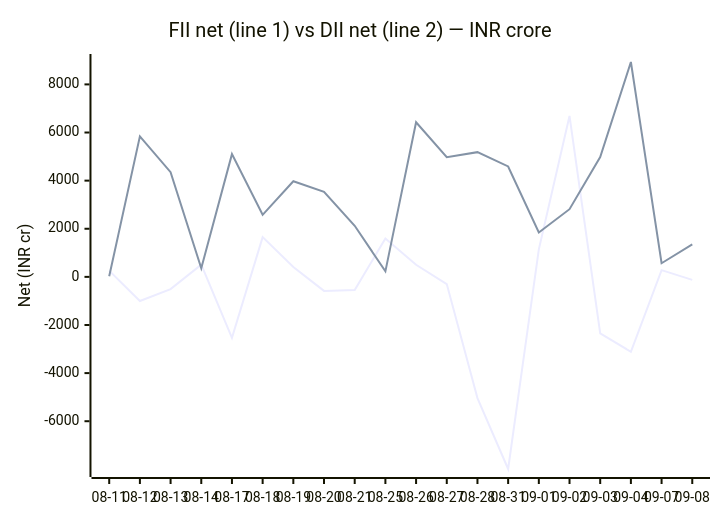
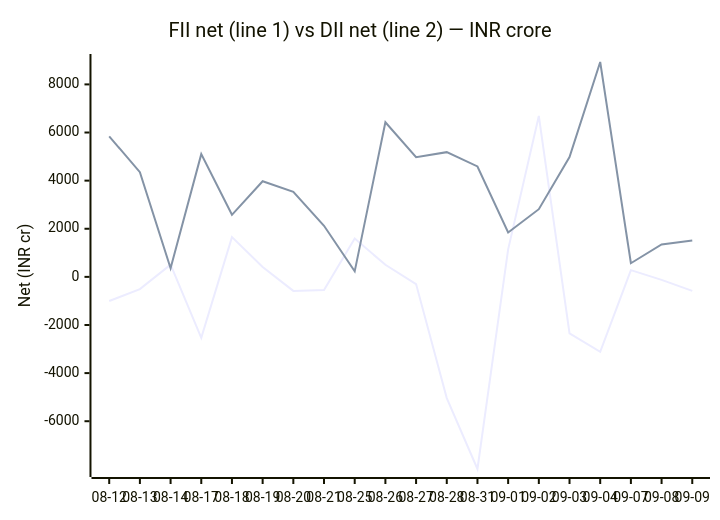
Before and after one commit to chirag127/fii-dii-activity-api: the second of 2 diagrams in README.md, drawn with Mermaid. The commit also changed 2 other files, not shown here.

Commit message:
data: scrape 2026-09-10

````diff
--- a/README.md
+++ b/README.md
@@ -53,8 +53,8 @@
 ```mermaid
 xychart-beta
     title "FII net (line 1) vs DII net (line 2) — INR crore"
-    x-axis ["08-11", "08-12", "08-13", "08-14", "08-17", "08-18", "08-19", "08-20", "08-21", "08-25", "08-26", "08-27", "08-28", "08-31", "09-01", "09-02", "09-03", "09-04", "09-07", "09-08"]
+    x-axis ["08-12", "08-13", "08-14", "08-17", "08-18", "08-19", "08-20", "08-21", "08-25", "08-26", "08-27", "08-28", "08-31", "09-01", "09-02", "09-03", "09-04", "09-07", "09-08", "09-09"]
     y-axis "Net (INR cr)" -7986 --> 8931
-    line [258.55, -1002.5, -510.69, 508.12, -2535.1, 1651.53, 407.99, -583.36, -542.71, 1593.53, 502.63, -298.26, -5039.8, -7985.88, 1143.38, 6688.37, -2345.87, -3111.94, 280.13, -123.19]
-    line [24.77, 5841.66, 4353.09, 356.4, 5101.46, 2579.31, 3973.72, 3537.71, 2124.14, 230.26, 6425.16, 4977.17, 5183.93, 4588.88, 1846.94, 2812.98, 4977.46, 8930.12, 566.76, 1349.64]
+    line [-1002.5, -510.69, 508.12, -2535.1, 1651.53, 407.99, -583.36, -542.71, 1593.53, 502.63, -298.26, -5039.8, -7985.88, 1143.38, 6688.37, -2345.87, -3111.94, 280.13, -123.19, -582.99]
+    line [5841.66, 4353.09, 356.4, 5101.46, 2579.31, 3973.72, 3537.71, 2124.14, 230.26, 6425.16, 4977.17, 5183.93, 4588.88, 1846.94, 2812.98, 4977.46, 8930.12, 566.76, 1349.64, 1509.04]
 ```
````
